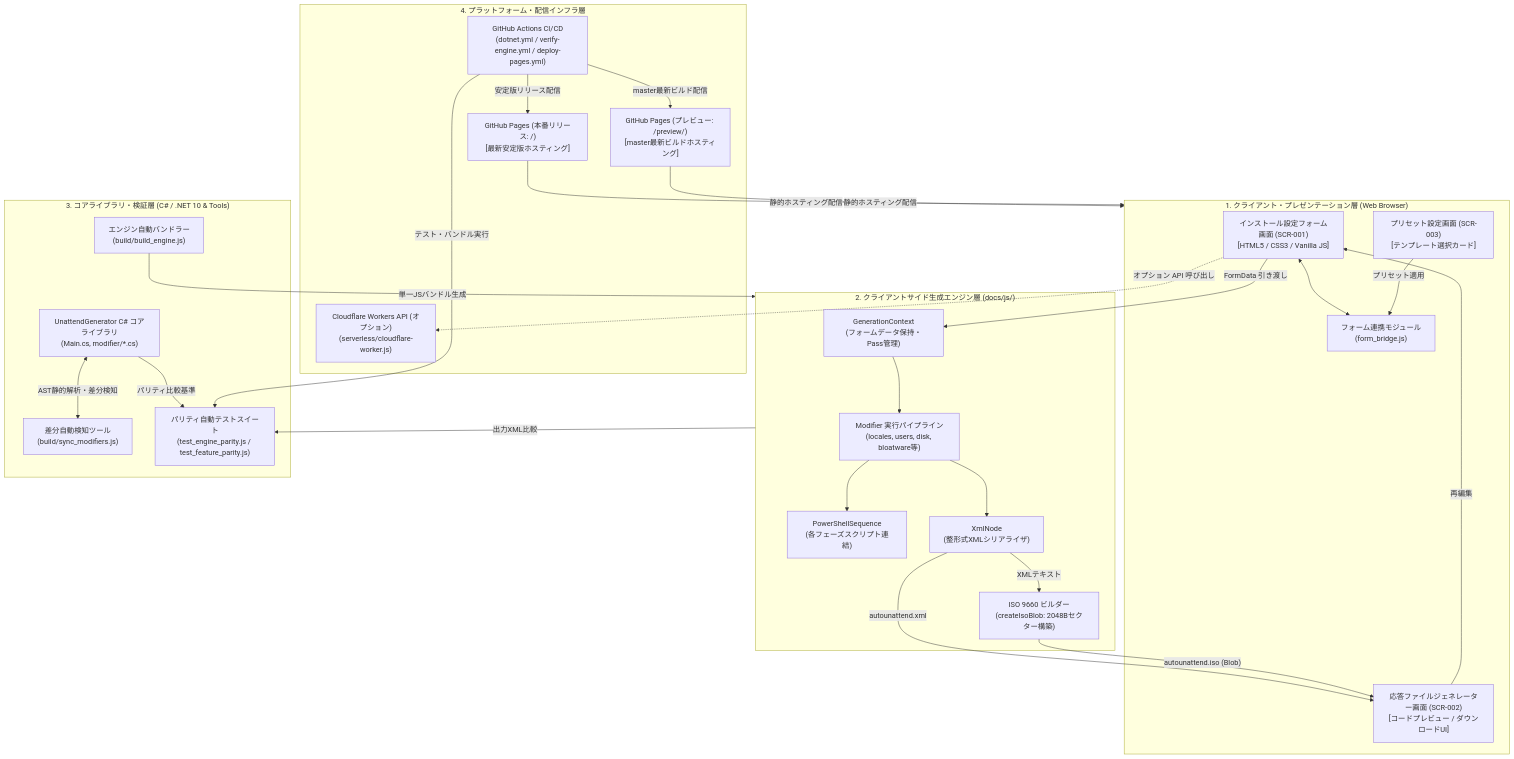
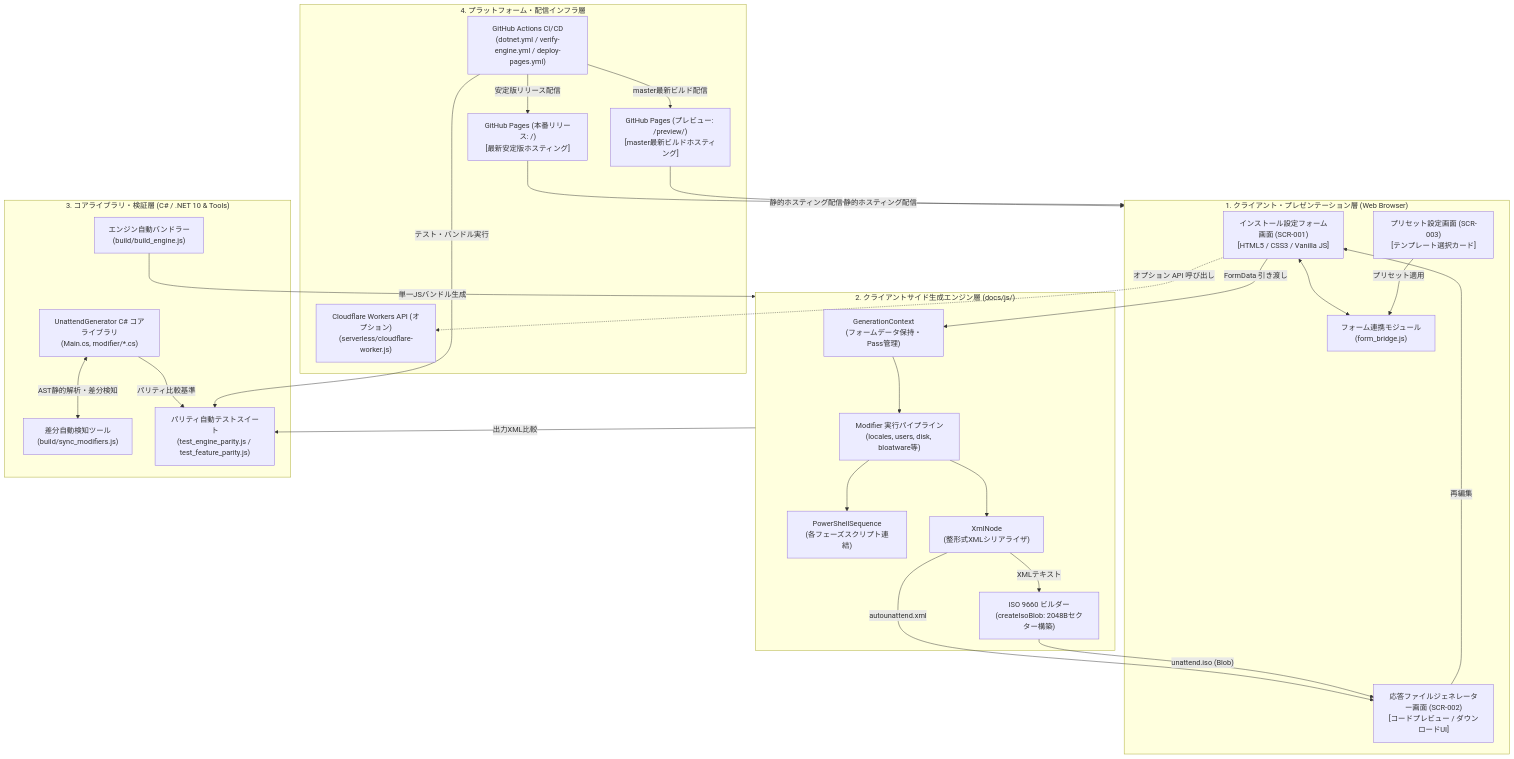
Before and after one commit to CTD-Networks-CO-LTD/unattend-generator_ja-JP: the diagram in .gear/3_詳細設計/34_アーキテクチャ構成図.md, drawn with Mermaid. The commit also changed other lines of this file and 23 other files, not shown here.

````diff
--- a/.gear/3_詳細設計/34_アーキテクチャ構成図.md
+++ b/.gear/3_詳細設計/34_アーキテクチャ構成図.md
@@ -9,61 +9,61 @@
 ```mermaid
 flowchart TD
     subgraph ClientLayer["1. クライアント・プレゼンテーション層 (Web Browser)"]
         UI_Main["インストール設定フォーム画面 (SCR-001)\n[HTML5 / CSS3 / Vanilla JS]"]
         UI_Gen["応答ファイルジェネレーター画面 (SCR-002)\n[コードプレビュー / ダウンロードUI]"]
         UI_Preset["プリセット設定画面 (SCR-003)\n[テンプレート選択カード]"]
         FormBridge["フォーム連携モジュール\n(form_bridge.js)"]
     end
 
     subgraph EngineLayer["2. クライアントサイド生成エンジン層 (docs/js/)"]
         GenContext["GenerationContext\n(フォームデータ保持・Pass管理)"]
         ModPipe["Modifier 実行パイプライン\n(locales, users, disk, bloatware等)"]
         PSSeq["PowerShellSequence\n(各フェーズスクリプト連結)"]
         XmlTree["XmlNode\n(整形式XMLシリアライザ)"]
         IsoBld["ISO 9660 ビルダー\n(createIsoBlob: 2048Bセクター構築)"]
     end
 
     subgraph CoreLayer["3. コアライブラリ・検証層 (C# / .NET 10 & Tools)"]
         CsCore["UnattendGenerator C# コアライブラリ\n(Main.cs, modifier/*.cs)"]
         SyncTool["差分自動検知ツール\n(build/sync_modifiers.js)"]
         ParityTest["パリティ自動テストスイート\n(test_engine_parity.js / test_feature_parity.js)"]
         EngineBundler["エンジン自動バンドラー\n(build/build_engine.js)"]
     end
 
     subgraph InfraLayer["4. プラットフォーム・配信インフラ層"]
         GH_Actions["GitHub Actions CI/CD\n(dotnet.yml / verify-engine.yml / deploy-pages.yml)"]
         GH_Pages_Prod["GitHub Pages (本番リリース: /)\n[最新安定版ホスティング]"]
         GH_Pages_Prev["GitHub Pages (プレビュー: /preview/)\n[master最新ビルドホスティング]"]
         CF_Worker["Cloudflare Workers API (オプション)\n(serverless/cloudflare-worker.js)"]
     end
 
     %% Client Layer internal
     UI_Main <--> FormBridge
     UI_Preset -->|プリセット適用| FormBridge
     UI_Gen -->|再編集| UI_Main
 
     %% Client to Engine
     UI_Main -->|"FormData 引き渡し"| GenContext
     GenContext --> ModPipe
     ModPipe --> PSSeq
     ModPipe --> XmlTree
     XmlTree -->|"autounattend.xml"| UI_Gen
     XmlTree -->|"XMLテキスト"| IsoBld
-    IsoBld -->|"autounattend.iso (Blob)"| UI_Gen
+    IsoBld -->|"unattend.iso (Blob)"| UI_Gen
 
     %% C# and Tooling to JS Engine
     CsCore <-->|"AST静的解析・差分検知"| SyncTool
     CsCore -->|"パリティ比較基準"| ParityTest
     EngineBundler -->|"単一JSバンドル生成"| EngineLayer
     EngineLayer -->|"出力XML比較"| ParityTest
 
     %% CI/CD to Hosting
     GH_Actions -->|"テスト・バンドル実行"| ParityTest
     GH_Actions -->|"安定版リリース配信"| GH_Pages_Prod
     GH_Actions -->|"master最新ビルド配信"| GH_Pages_Prev
 
     %% Hosting to Client
     GH_Pages_Prod -->|"静的ホスティング配信"| ClientLayer
     GH_Pages_Prev -->|"静的ホスティング配信"| ClientLayer
     UI_Main -.->|"オプション API 呼び出し"| CF_Worker
 ```
````
